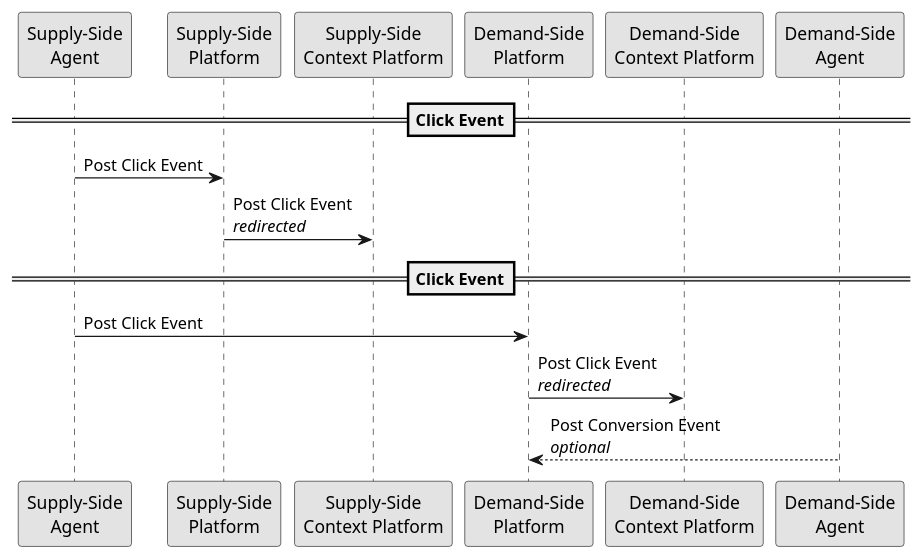
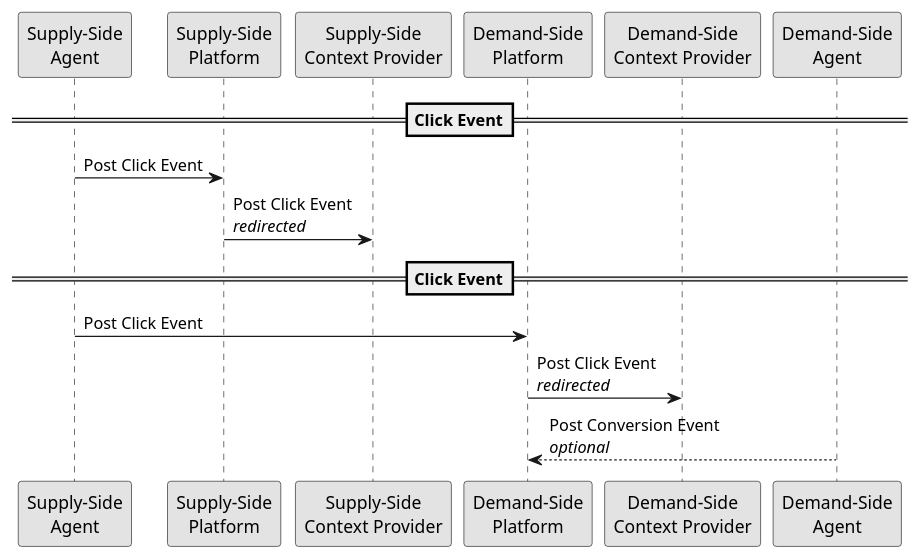
The diagram in protocol/impressions/user_clicks.rst (adshares/adshares-docs), drawn with PlantUML before and after one commit. The commit also changed other lines of this file and 25 other files, not shown here.

```diff
--- a/protocol/impressions/user_clicks.rst
+++ b/protocol/impressions/user_clicks.rst
@@ -7,20 +7,20 @@
 .. uml::
     :align: center
 
     skinparam monochrome true
 
     participant "Supply-Side\nAgent"                as SSA
     participant "Supply-Side\nPlatform"             as SSP
-    participant "Supply-Side\nContext Platform"     as SSCP
+    participant "Supply-Side\nContext Provider"     as SSCP
     participant "Demand-Side\nPlatform"             as DSP
-    participant "Demand-Side\nContext Platform"     as DSCP
+    participant "Demand-Side\nContext Provider"     as DSCP
     participant "Demand-Side\nAgent"                as DSA
 
     ==Click Event==
     SSA ->      SSP     : Post Click Event
     SSP ->      SSCP    : Post Click Event\n//redirected//
 
     ==Click Event==
     SSA ->      DSP     : Post Click Event
     DSP ->      DSCP    : Post Click Event\n//redirected//
     DSA -->     DSP     : Post Conversion Event\n//optional//
```
